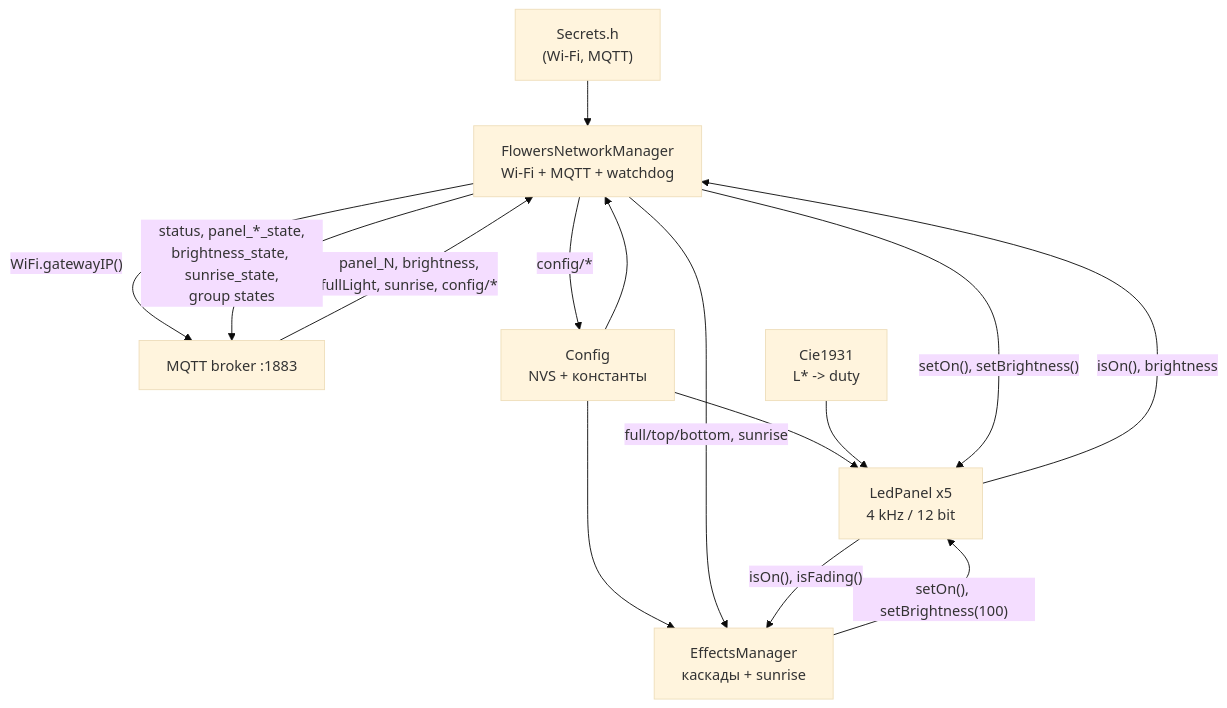
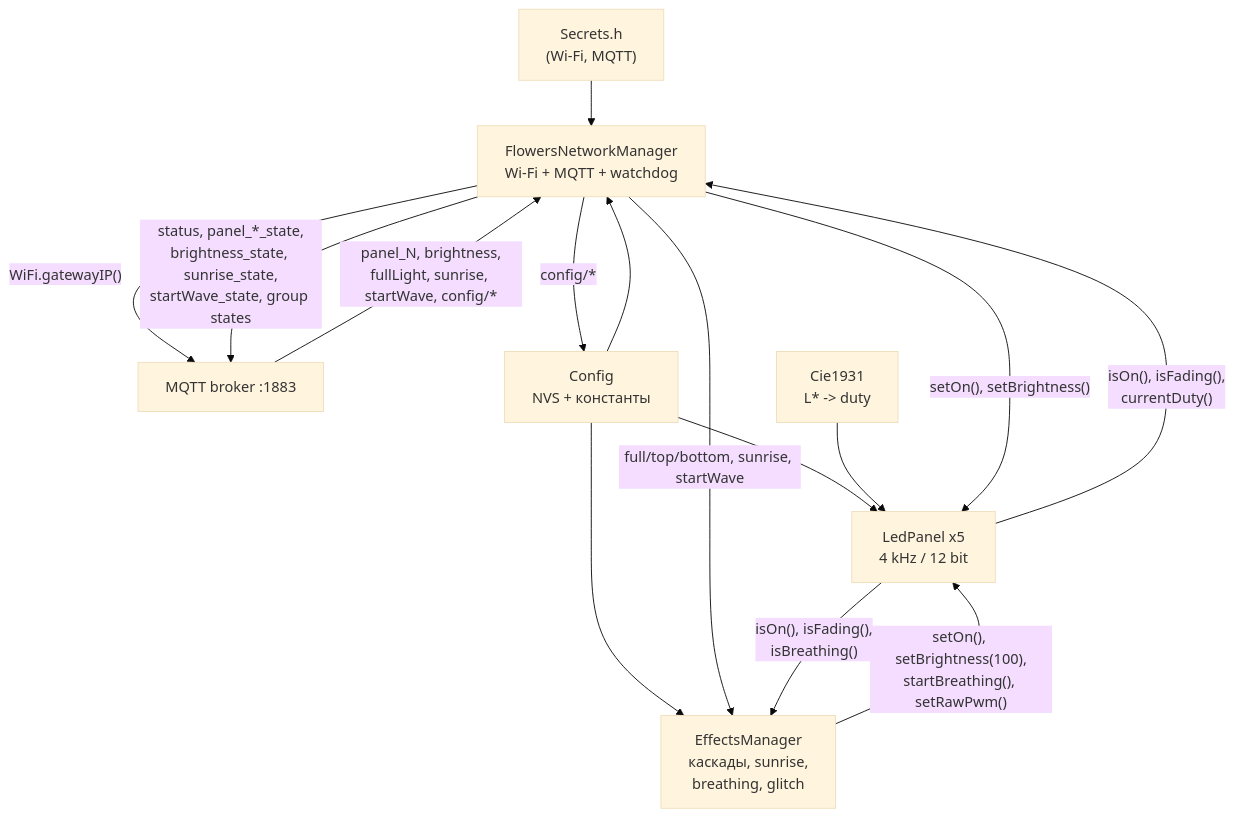
Before and after one commit to alexam3r/x18.flowers: the diagram in README.md, drawn with Mermaid (base theme). The commit also changed other lines of this file and 11 other files, not shown here.

First line of the commit message:
feat(effects): добавлены «Дыхание» и Glitch, финализация

````diff
--- a/README.md
+++ b/README.md
@@ -146,17 +147,17 @@
 ```mermaid
 graph TD
     SEC["Secrets.h<br/>(Wi-Fi, MQTT)"] --> NET["FlowersNetworkManager<br/>Wi-Fi + MQTT + watchdog"]
     NET -->|"WiFi.gatewayIP()"| BROKER["MQTT broker :1883"]
-    BROKER -->|"panel_N, brightness,<br/>fullLight, sunrise, config/*"| NET
+    BROKER -->|"panel_N, brightness,<br/>fullLight, sunrise, startWave, config/*"| NET
     CFG["Config<br/>NVS + константы"] --> LP["LedPanel x5<br/>4 kHz / 12 bit"]
     CFG --> NET
-    CFG --> EFF["EffectsManager<br/>каскады + sunrise"]
+    CFG --> EFF["EffectsManager<br/>каскады, sunrise,<br/>breathing, glitch"]
     CIE["Cie1931<br/>L* -> duty"] --> LP
     NET -->|"setOn(), setBrightness()"| LP
     NET -->|"config/*"| CFG
-    NET -->|"full/top/bottom, sunrise"| EFF
-    EFF -->|"setOn(), setBrightness(100)"| LP
-    NET -->|"status, panel_*_state,<br/>brightness_state, sunrise_state,<br/>group states"| BROKER
-    LP -->|"isOn(), brightness"| NET
-    LP -->|"isOn(), isFading()"| EFF
+    NET -->|"full/top/bottom, sunrise, startWave"| EFF
+    EFF -->|"setOn(), setBrightness(100),<br/>startBreathing(), setRawPwm()"| LP
+    NET -->|"status, panel_*_state,<br/>brightness_state, sunrise_state,<br/>startWave_state, group states"| BROKER
+    LP -->|"isOn(), isFading(),<br/>currentDuty()"| NET
+    LP -->|"isOn(), isFading(),<br/>isBreathing()"| EFF
 ```
````
